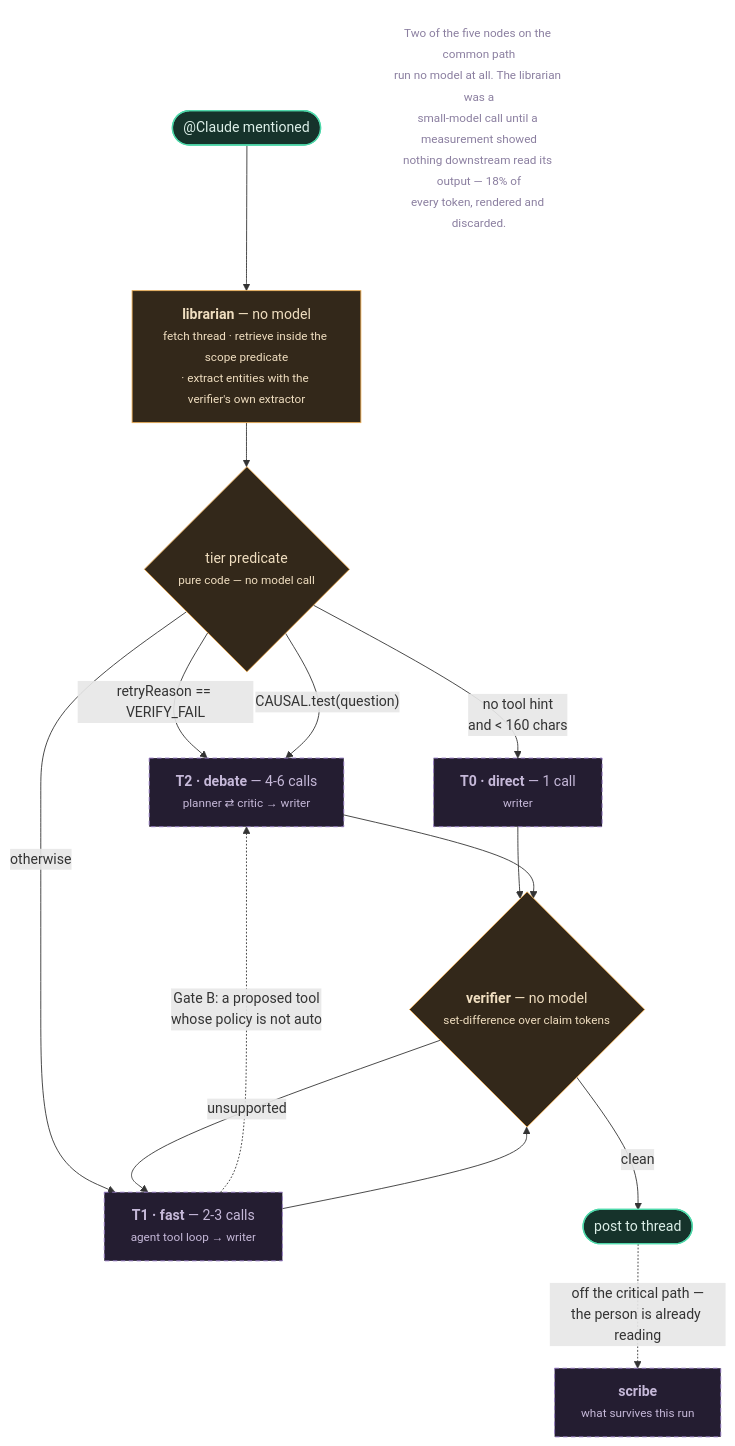
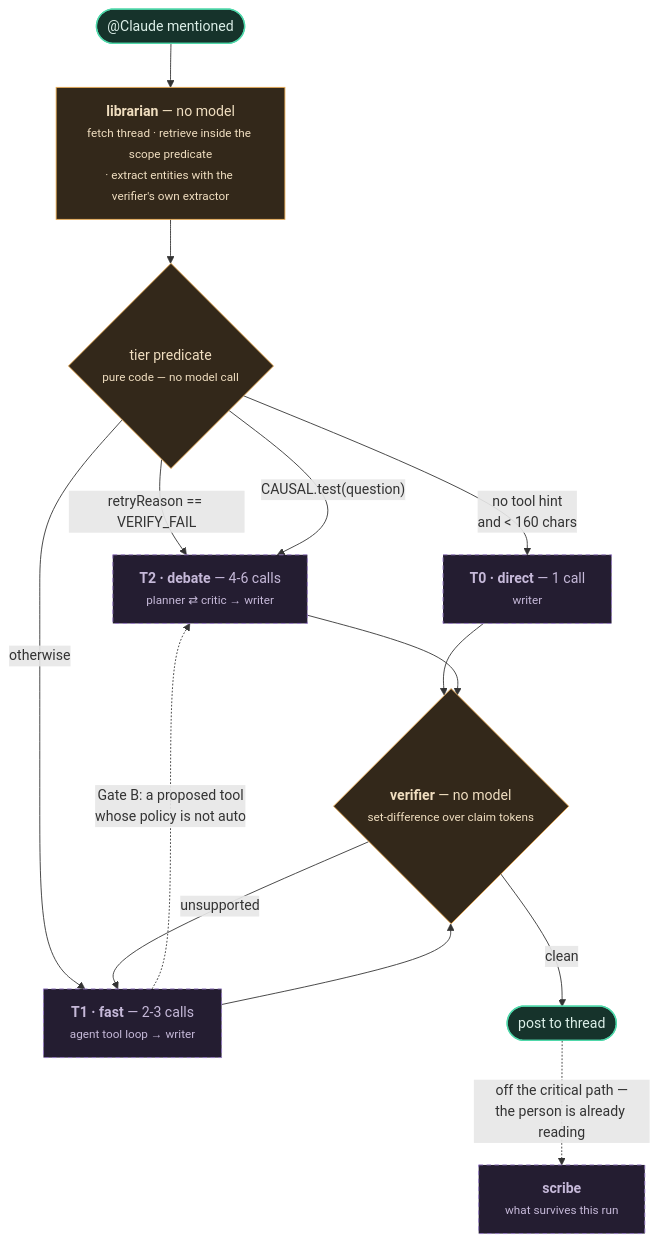
The diagram in docs/diagrams/tiers.mmd (rppol/claude-tag-poc), drawn with Mermaid before and after one commit. The commit also changed 8 other files, not shown here.

```diff
--- a/docs/diagrams/tiers.mmd
+++ b/docs/diagrams/tiers.mmd
@@ -1,28 +1,25 @@
 flowchart TB
   IN(["@Claude mentioned"]) --> LIB["<b>librarian</b> — no model<br/><small>fetch thread · retrieve inside the scope predicate<br/>· extract entities with the verifier's own extractor</small>"]
   LIB --> P{"tier predicate<br/><small>pure code — no model call</small>"}
 
   P -->|"retryReason == VERIFY_FAIL"| T2
   P -->|"CAUSAL.test(question)"| T2["<b>T2 · debate</b> — 4-6 calls<br/><small>planner ⇄ critic → writer</small>"]
   P -->|"no tool hint<br/>and < 160 chars"| T0["<b>T0 · direct</b> — 1 call<br/><small>writer</small>"]
   P -->|"otherwise"| T1["<b>T1 · fast</b> — 2-3 calls<br/><small>agent tool loop → writer</small>"]
 
   T1 -.->|"Gate B: a proposed tool<br/>whose policy is not auto"| T2
 
   T0 --> V{"<b>verifier</b> — no model<br/><small>set-difference over claim tokens</small>"}
   T1 --> V
   T2 --> V
   V -->|"unsupported"| T1
   V -->|"clean"| POST(["post to thread"])
   POST -.->|"off the critical path —<br/>the person is already reading"| SC["<b>scribe</b><br/><small>what survives this run</small>"]
 
-  NOTE["<small>Two of the five nodes on the common path<br/>run no model at all. The librarian was a<br/>small-model call until a measurement showed<br/>nothing downstream read its output — 18% of<br/>every token, rendered and discarded.</small>"]
 
   classDef mech stroke:#EDAE55,fill:#33281A,color:#F0DEC0
   classDef design stroke:#9578C4,fill:#241D31,color:#C6B9D9,stroke-dasharray:5 4
   classDef built stroke:#4FD8AA,fill:#16332B,color:#DCEFE8,stroke-width:1.5px
-  classDef note fill:none,stroke:none,color:#8B7FA0
   class P,LIB,V mech
   class T0,T1,T2,SC design
   class IN,POST built
-  class NOTE note
```
